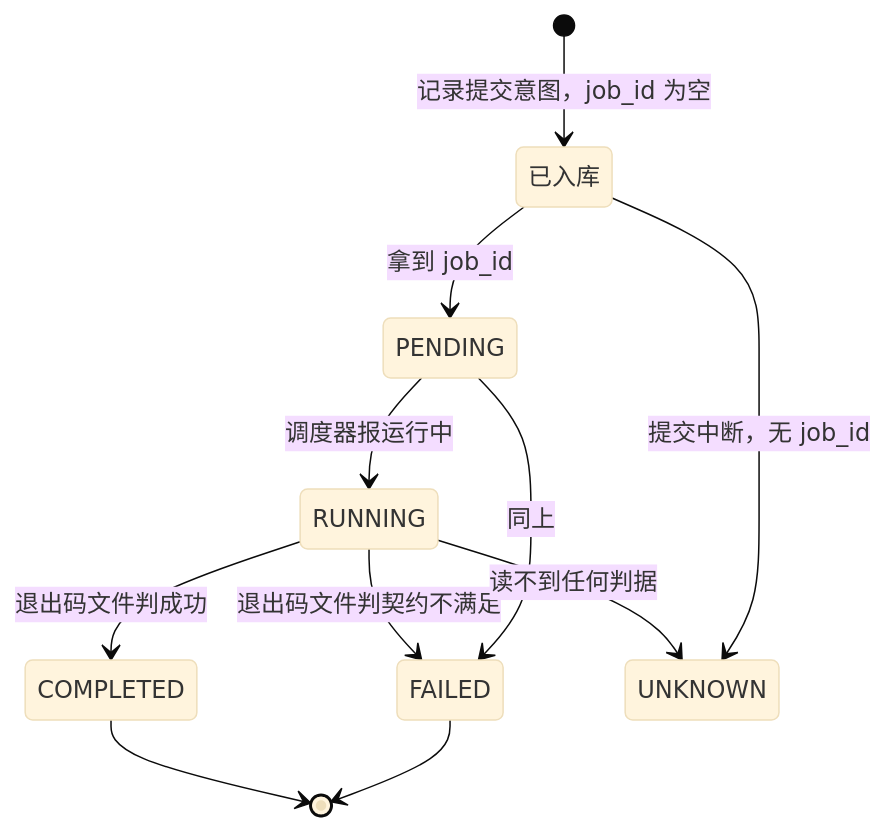
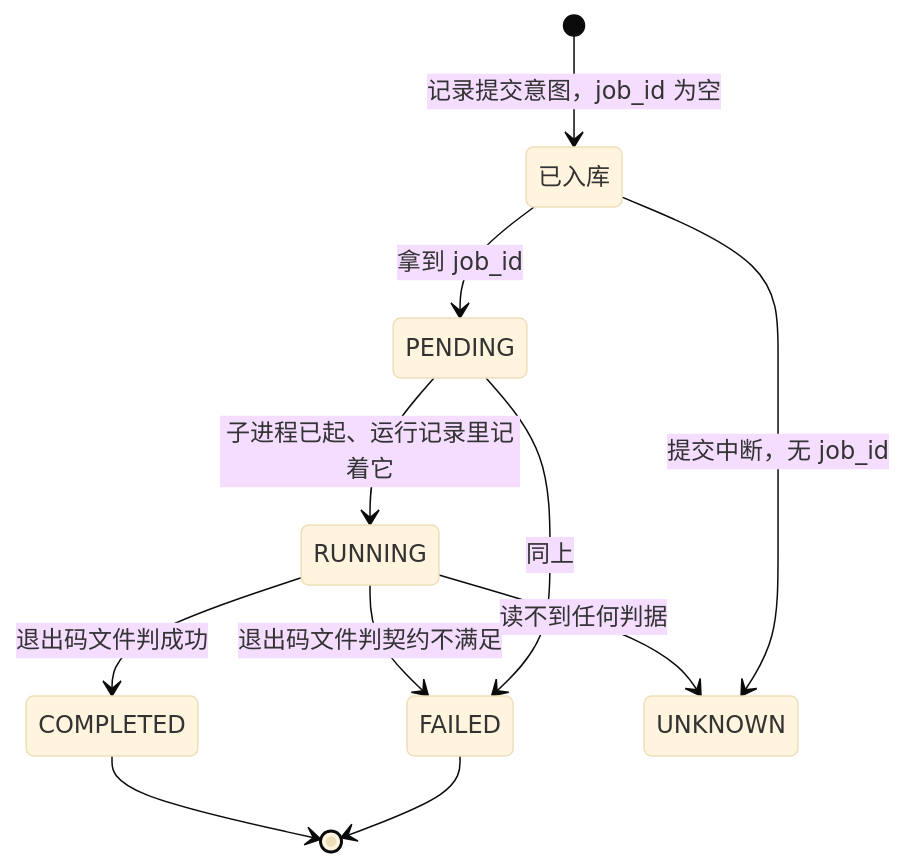
The second of 5 diagrams in docs/knowledge/io-pipeline/sr-io.md (Jason001028/sr_agent_platform), drawn with Mermaid (base theme) before and after one commit. The commit also changed other lines of this file and 74 other files, not shown here.

````diff
--- a/docs/knowledge/io-pipeline/sr-io.md
+++ b/docs/knowledge/io-pipeline/sr-io.md
@@ -78,13 +75,13 @@
 ```mermaid
 stateDiagram-v2
   [*] --> 已入库: 记录提交意图，job_id 为空
   已入库 --> PENDING: 拿到 job_id
-  PENDING --> RUNNING: 调度器报运行中
+  PENDING --> RUNNING: 子进程已起、运行记录里记着它
   RUNNING --> COMPLETED: 退出码文件判成功
   RUNNING --> FAILED: 退出码文件判契约不满足
   PENDING --> FAILED: 同上
   RUNNING --> UNKNOWN: 读不到任何判据
   已入库 --> UNKNOWN: 提交中断，无 job_id
   COMPLETED --> [*]
   FAILED --> [*]
 ```
````
